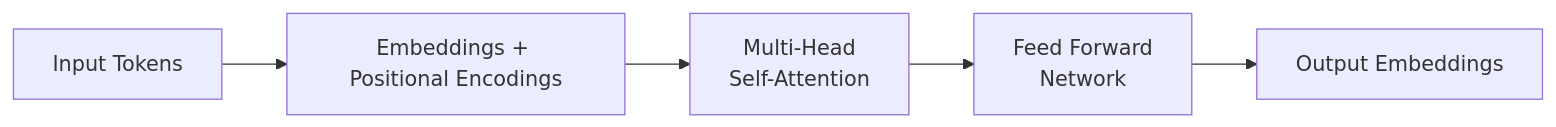
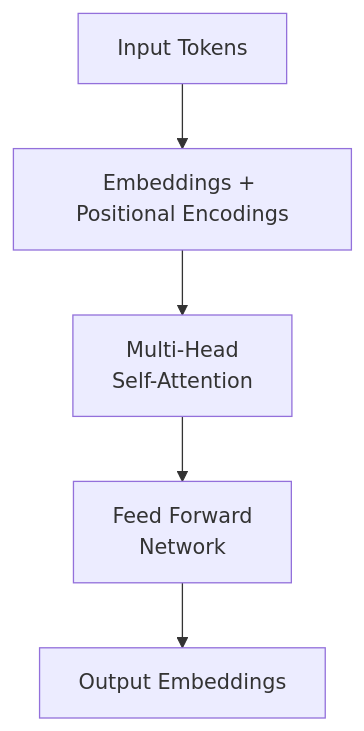
Before and after one commit to mgorav/KnowledgeEngineeringLLM: the eighth of 25 diagrams in docs/LLM_Training_and_Inference.md, drawn with Mermaid.

Commit message:
Avoiding Copyright Infringement in LLM Training

````diff
--- a/docs/LLM_Training_and_Inference.md
+++ b/docs/LLM_Training_and_Inference.md
@@ -181,7 +181,7 @@
 ```mermaid
-flowchart LR
+flowchart TB
     id1[Input Tokens] --> id2[Embeddings + Positional Encodings]
     id2 --> id3[Multi-Head <br> Self-Attention]
     id3 --> id4[Feed Forward <br> Network] 
     id4 --> id5[Output Embeddings]
 ```
````
